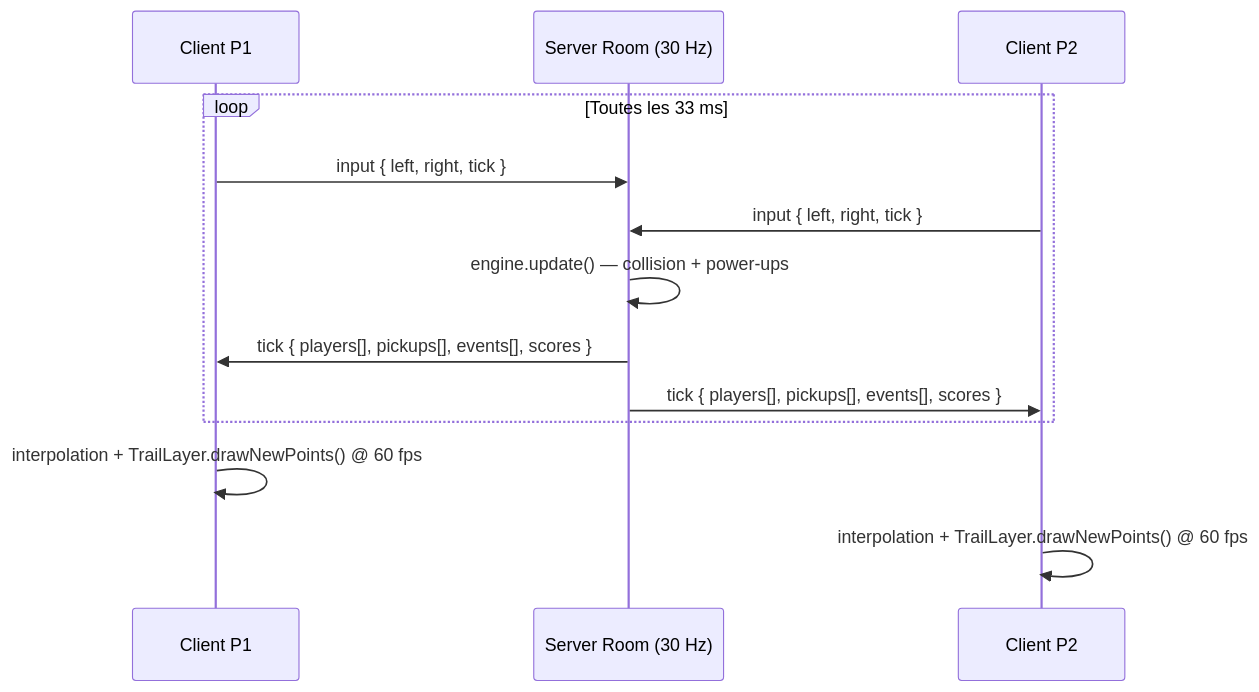
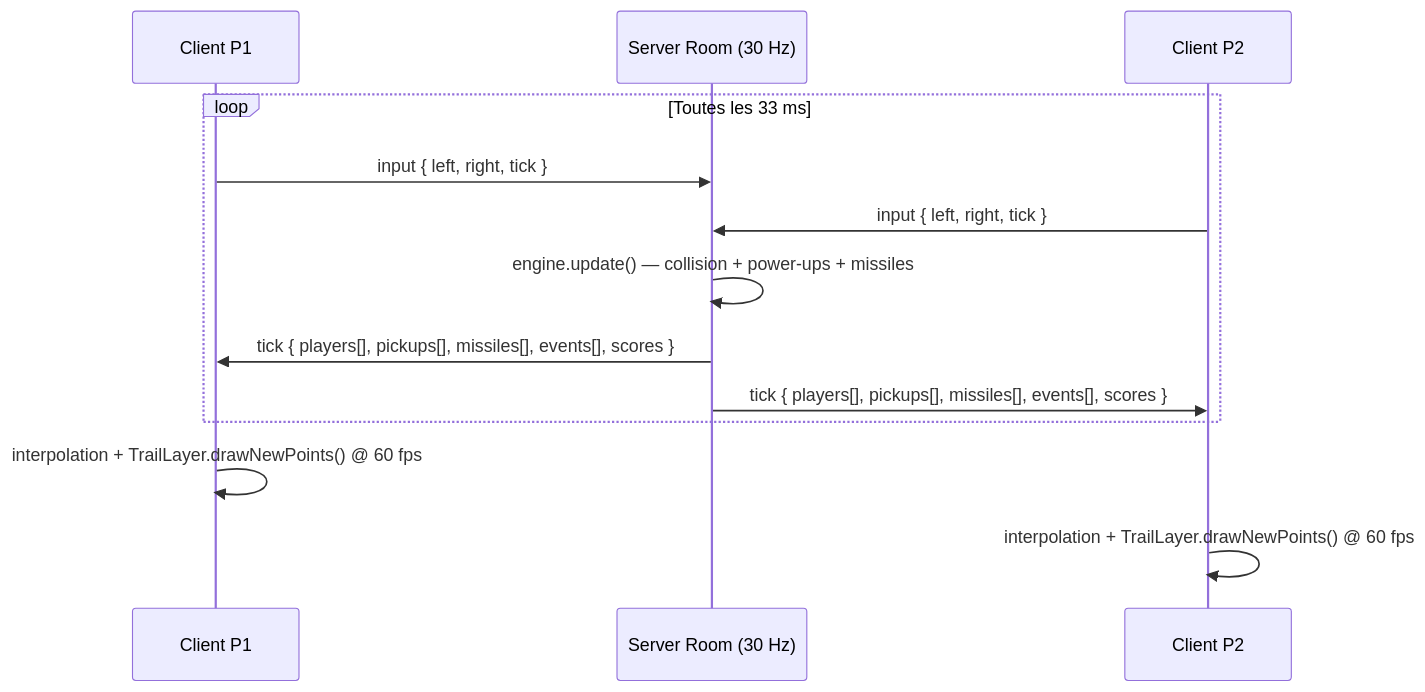
The second of 4 diagrams in README.md (artkabis/crazycurve), drawn with Mermaid before and after one commit. The commit also changed other lines of this file, not shown here.

Commit message:
docs: update README to Phase 4 — bots, missiles, Docker, CI/CD

````diff
--- a/README.md
+++ b/README.md
@@ -79,16 +83,16 @@
 ```mermaid
 sequenceDiagram
     participant C1 as Client P1
     participant SRV as Server Room (30 Hz)
     participant C2 as Client P2
 
     loop Toutes les 33 ms
         C1->>SRV: input { left, right, tick }
         C2->>SRV: input { left, right, tick }
-        SRV->>SRV: engine.update() — collision + power-ups
-        SRV->>C1: tick { players[], pickups[], events[], scores }
-        SRV->>C2: tick { players[], pickups[], events[], scores }
+        SRV->>SRV: engine.update() — collision + power-ups + missiles
+        SRV->>C1: tick { players[], pickups[], missiles[], events[], scores }
+        SRV->>C2: tick { players[], pickups[], missiles[], events[], scores }
     end
     C1->>C1: interpolation + TrailLayer.drawNewPoints() @ 60 fps
     C2->>C2: interpolation + TrailLayer.drawNewPoints() @ 60 fps
 ```
````
